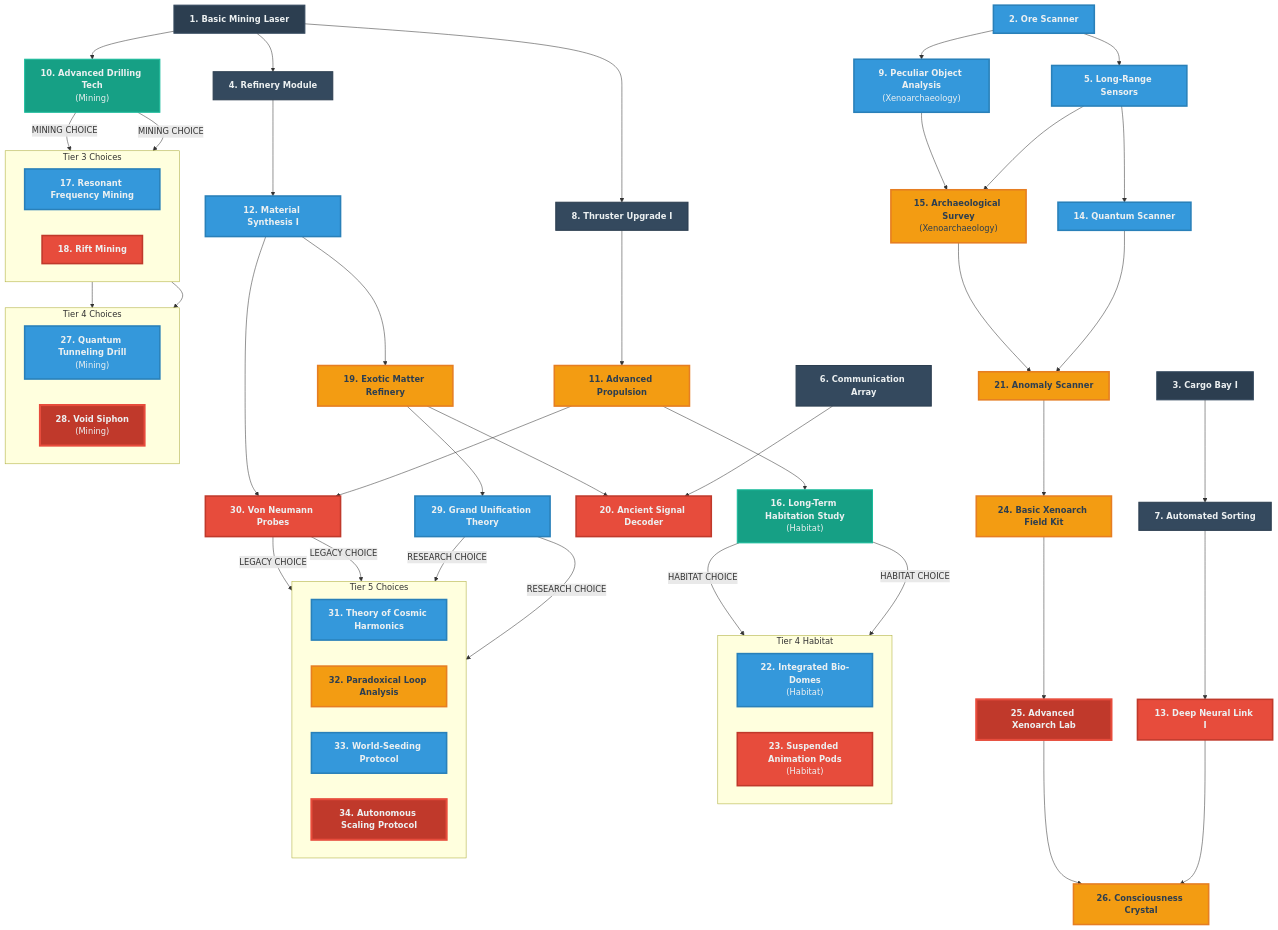
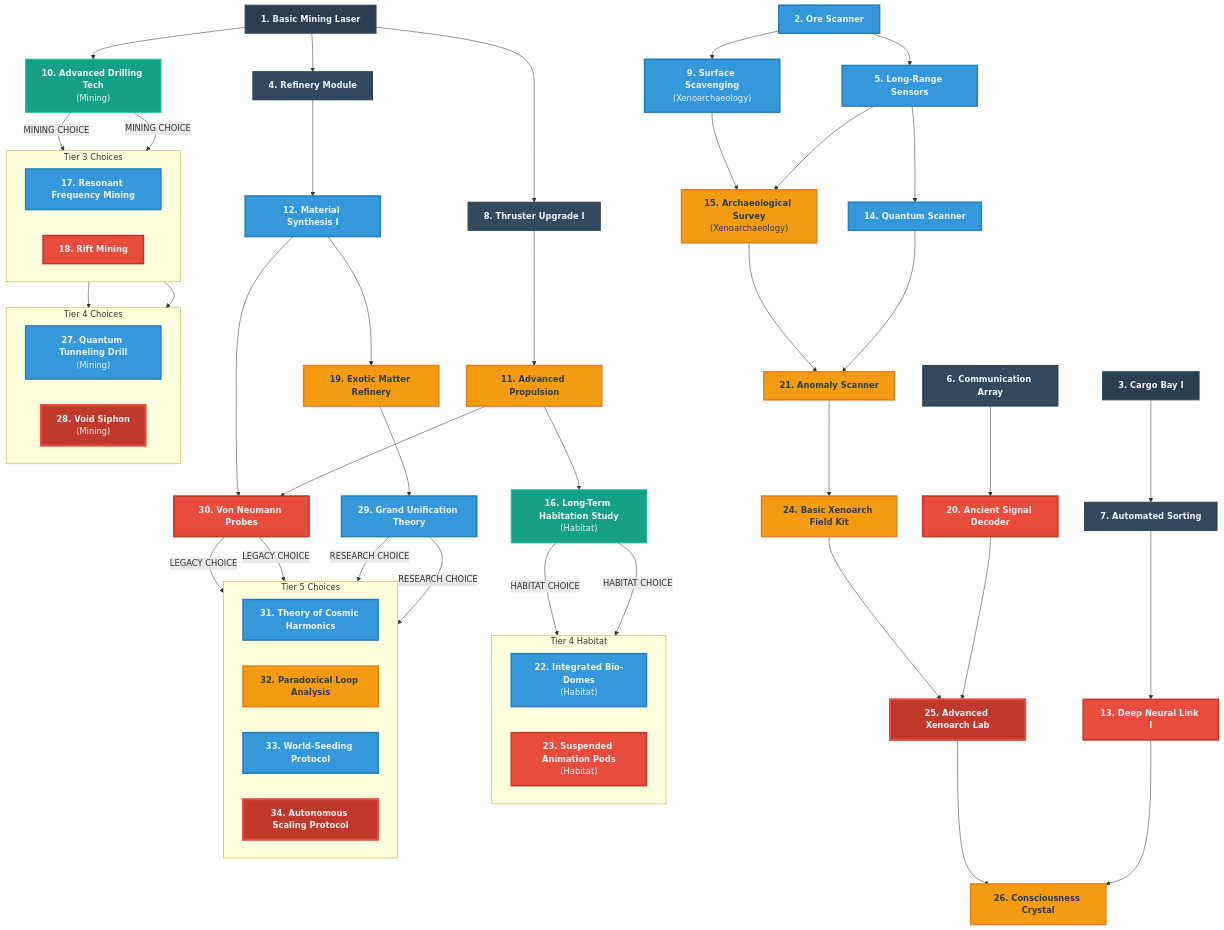
Before and after one commit to bravegeek/ai-workshop: the diagram in projects/cosmos-and-chaos-2025-11/session.md, drawn with Mermaid. The commit also changed other lines of this file and 1 other file, not shown here.

Commit message:
docs: Update technology tree and meta-analysis to enhance storage mechanics and integrate Wonder/Dread themes

```diff
--- a/projects/cosmos-and-chaos-2025-11/session.md
+++ b/projects/cosmos-and-chaos-2025-11/session.md
@@ -57,7 +57,7 @@
     T06["<b>6. Communication Array</b>"]
     T07["<b>7. Automated Sorting</b>"]
     T08["<b>8. Thruster Upgrade I</b>"]
-    T09["<b>9. Peculiar Object Analysis</b><br/>(Xenoarchaeology)"]
+    T09["<b>9. Surface Scavenging</b><br/>(Xenoarchaeology)"]
 
     %% Tier 2
     T10["<b>10. Advanced Drilling Tech</b><br/>(Mining)"]
@@ -67,6 +67,7 @@
     T14["<b>14. Quantum Scanner</b>"]
     T15["<b>15. Archaeological Survey</b><br/>(Xenoarchaeology)"]
     T16["<b>16. Long-Term Habitation Study</b><br/>(Habitat)"]
+    T20["<b>20. Ancient Signal Decoder</b>"]
 
     %% Tier 3
     subgraph "Tier 3 Choices"
@@ -75,7 +76,6 @@
         T18["<b>18. Rift Mining</b>"]
     end
     T19["<b>19. Exotic Matter Refinery</b>"]
-    T20["<b>20. Ancient Signal Decoder</b>"]
     T21["<b>21. Anomaly Scanner</b>"]
     T24["<b>24. Basic Xenoarch Field Kit</b>"]
 
@@ -123,7 +123,8 @@
     T16 -- "HABITAT CHOICE" --> T22; T16 -- "HABITAT CHOICE" --> T23
     T17 --> T27
     T18 --> T28
-    T19 --> T20; T19 --> T29
+    T19 --> T29
+    T20 --> T25
     T21 --> T24
     T24 --> T25
     T25 --> T26
@@ -134,8 +135,8 @@
     %% Styling
     class T01,T02,T03 tier0
     class T04,T05,T06,T07,T08,T09 tier1
-    class T10,T11,T12,T13,T14,T15,T16 tier2
-    class T17,T18,T19,T20,T21,T24 tier3
+    class T10,T11,T12,T13,T14,T15,T16,T20 tier2
+    class T17,T18,T19,T21,T24 tier3
     class T22,T23,T25,T26,T27,T28,T29,T30 tier4
     class T31,T32,T33,T34 tier5
 
```
